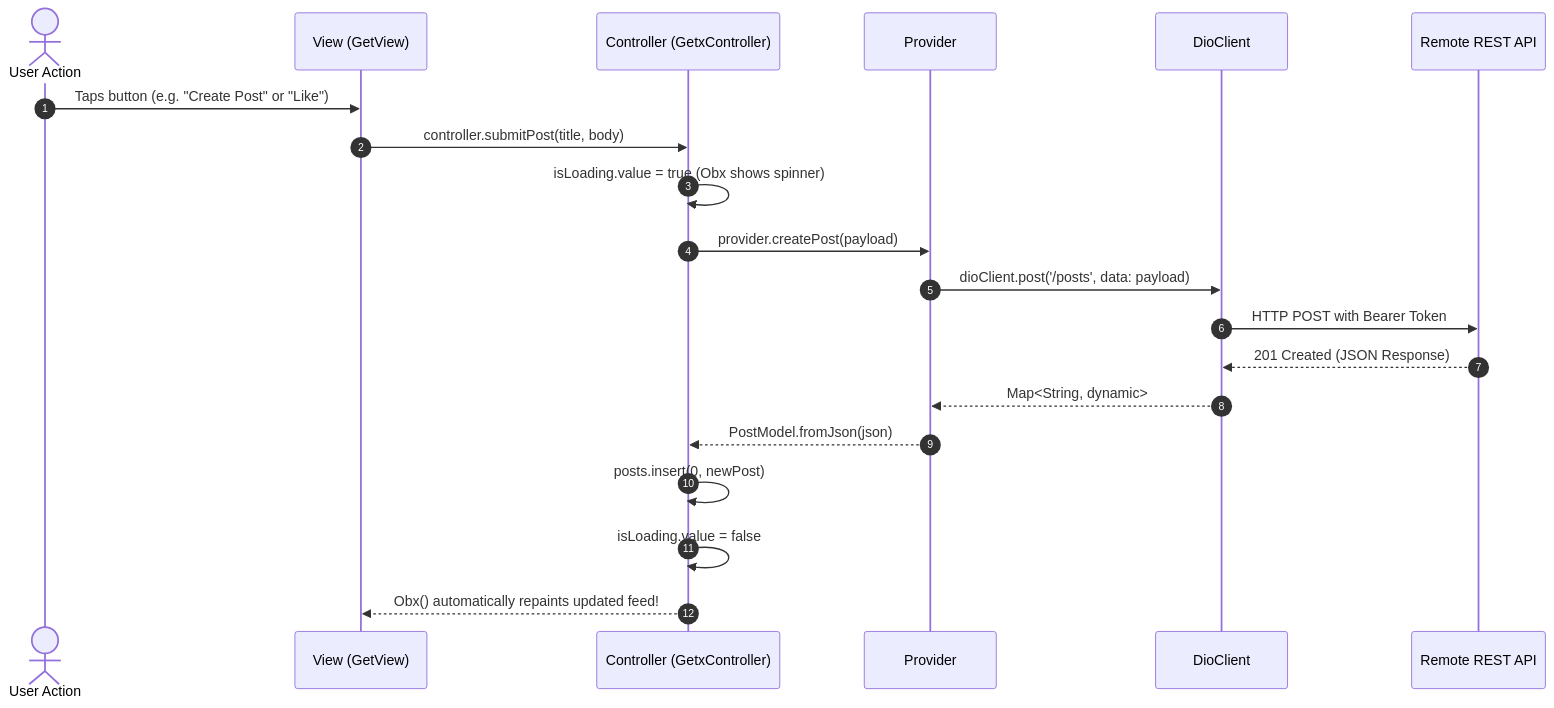
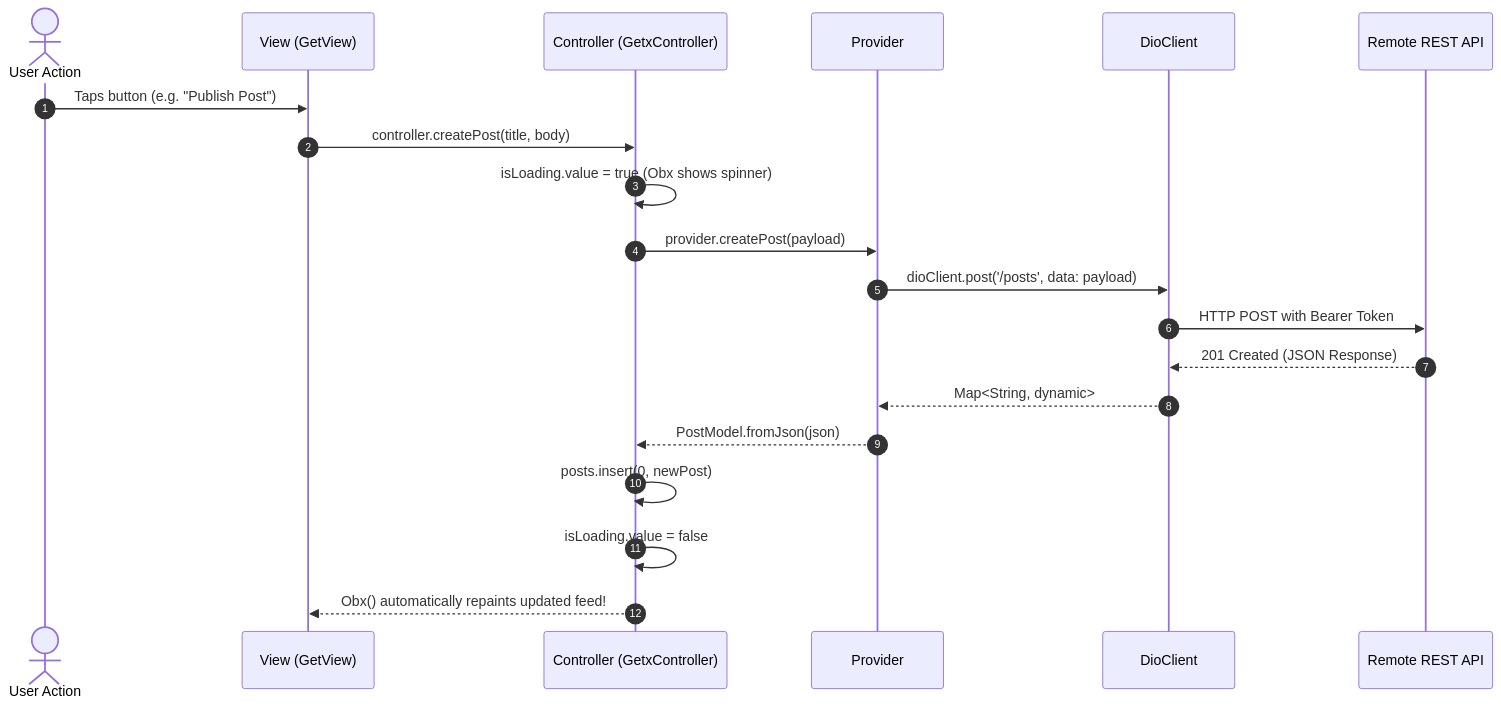
Before and after one commit to SheikhAman/flutter-getx-mvc-boilerplate: the second of 4 diagrams in README.md, drawn with Mermaid. The commit also changed other lines of this file, not shown here.

````diff
--- a/README.md
+++ b/README.md
@@ -136,23 +152,23 @@
 ```mermaid
 sequenceDiagram
     autonumber
     actor User as User Action
     participant View as View (GetView)
     participant Controller as Controller (GetxController)
     participant Provider as Provider
     participant Dio as DioClient
     participant Server as Remote REST API
 
-    User->>View: Taps button (e.g. "Create Post" or "Like")
-    View->>Controller: controller.submitPost(title, body)
+    User->>View: Taps button (e.g. "Publish Post")
+    View->>Controller: controller.createPost(title, body)
     Controller->>Controller: isLoading.value = true (Obx shows spinner)
     Controller->>Provider: provider.createPost(payload)
     Provider->>Dio: dioClient.post('/posts', data: payload)
     Dio->>Server: HTTP POST with Bearer Token
     Server-->>Dio: 201 Created (JSON Response)
     Dio-->>Provider: Map<String, dynamic>
     Provider-->>Controller: PostModel.fromJson(json)
     Controller->>Controller: posts.insert(0, newPost)
     Controller->>Controller: isLoading.value = false
     Controller-->>View: Obx() automatically repaints updated feed!
 ```
````
